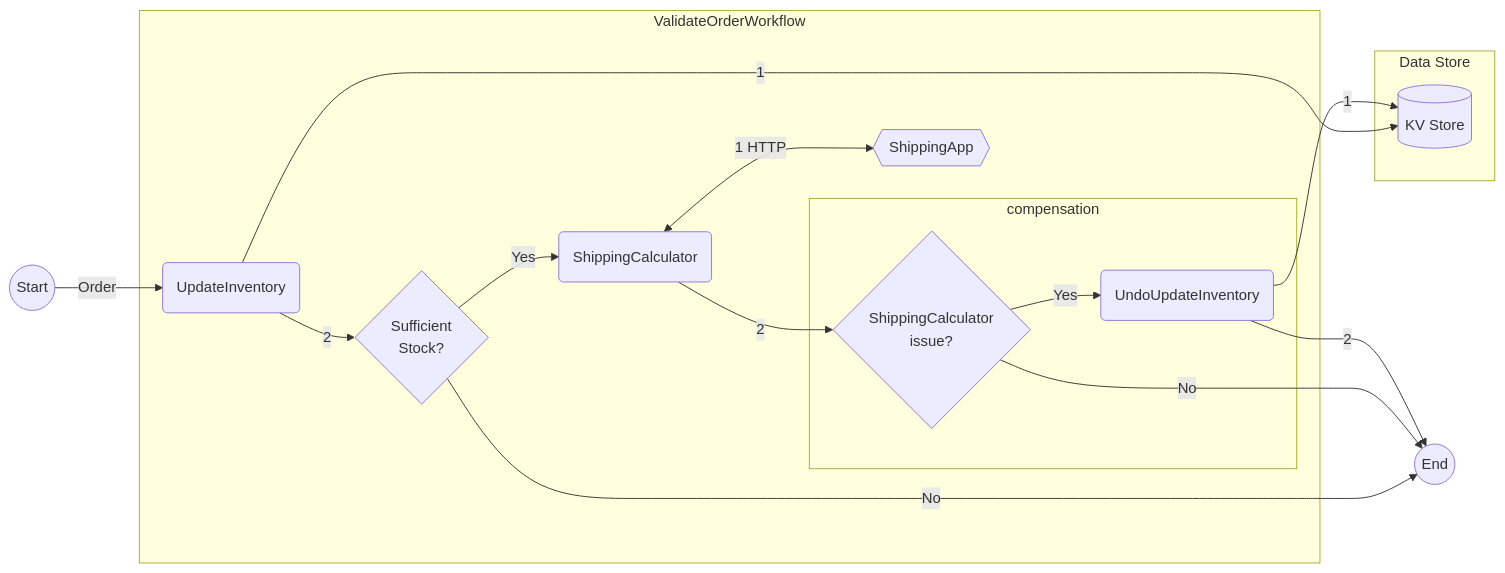
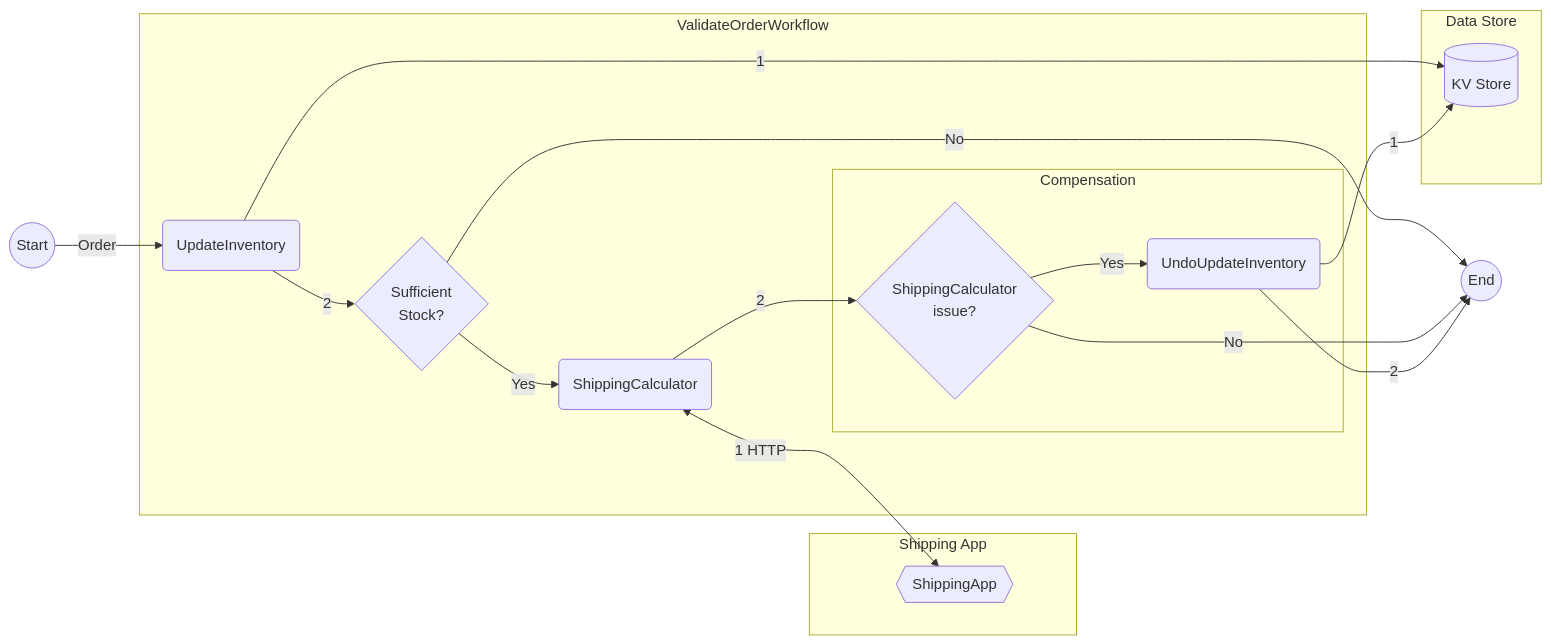
Before and after one commit to diagrid-labs/dapr-resiliency-and-durable-execution: the third of 3 diagrams in README.md, drawn with Mermaid.

Commit message:
Update workflow diagram

````diff
--- a/README.md
+++ b/README.md
@@ -85,34 +85,32 @@
 ```mermaid
 graph LR
     Start((Start))
     subgraph Data Store
         KV[(KV Store)]
     end
+    subgraph Shipping App
+        App{{ShippingApp}}
+    end
     subgraph ValidateOrderWorkflow
         A1(UpdateInventory)
         Stock{Sufficient\nStock?}
         A2(ShippingCalculator)
-        App{{ShippingApp}}
-        subgraph compensation
+        subgraph Compensation
             ShipIssue{ShippingCalculator\nissue?}
             A3(UndoUpdateInventory)
         end
     end
     End((End))
-    A2(ShippingCalculator)
-    App{{ShippingApp}}
-    A3(UndoUpdateInventory)
-    ShipIssue{ShippingCalculator\nissue?}
-    End((End))
+
     Start -- Order --> A1
     A1 -- 2 --> Stock
     A1 -- 1 --> KV
     Stock -- Yes --> A2
     Stock -- No --> End
     A2 <-- 1 HTTP --> App
     A2 -- 2 --> ShipIssue
     ShipIssue -- Yes --> A3
     ShipIssue -- No --> End
     A3 -- 1 --> KV
     A3 -- 2 --> End
 ```
````
